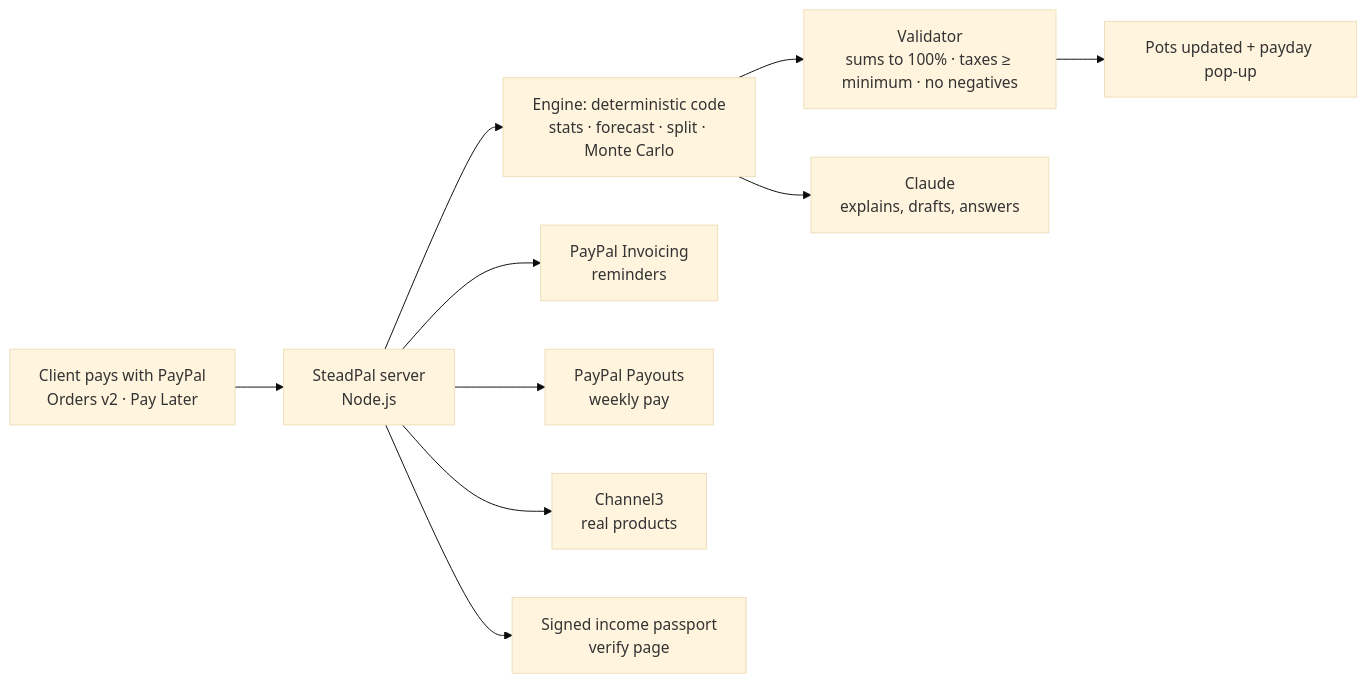
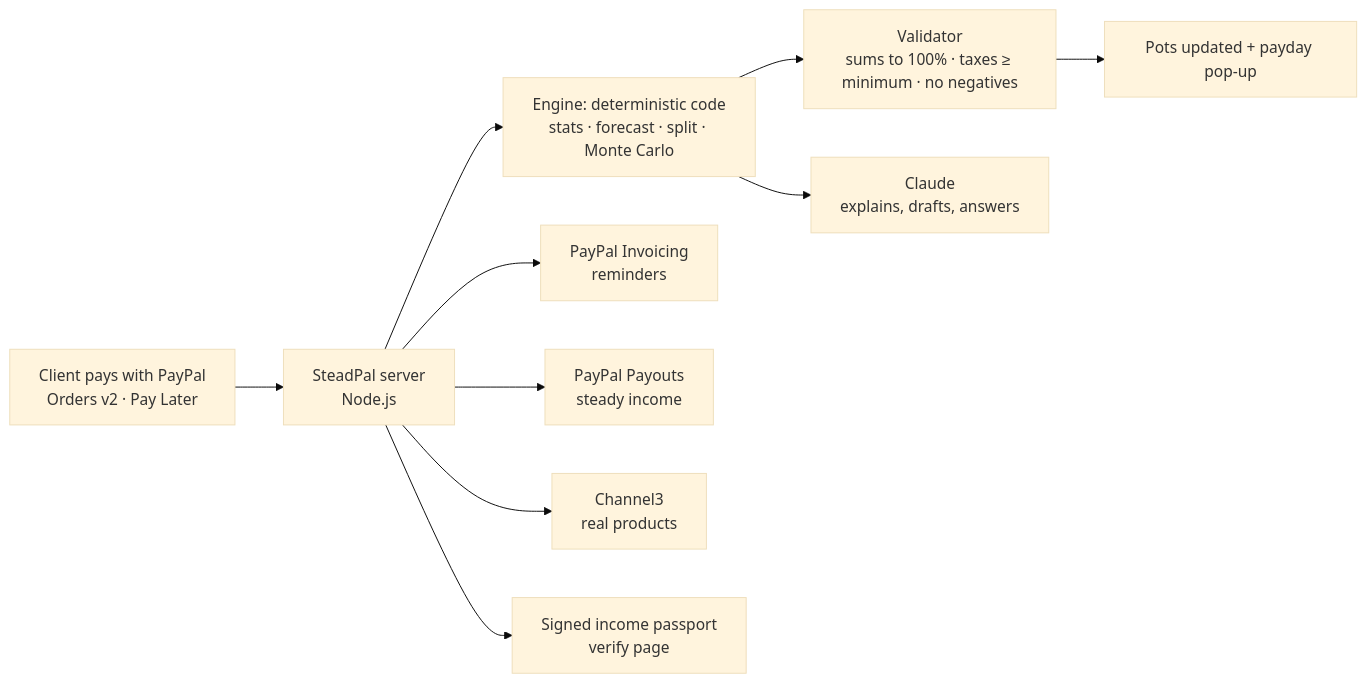
Before and after one commit to pammab/steadpal: the diagram in README.md, drawn with Mermaid (base theme). The commit also changed other lines of this file and 7 other files, not shown here.

````diff
--- a/README.md
+++ b/README.md
@@ -84,12 +84,12 @@
 ```mermaid
 flowchart LR
   C[Client pays with PayPal<br/>Orders v2 · Pay Later] --> S[SteadPal server<br/>Node.js]
   S --> E[Engine: deterministic code<br/>stats · forecast · split · Monte Carlo]
   E --> V[Validator<br/>sums to 100% · taxes ≥ minimum · no negatives]
   E --> AI[Claude<br/>explains, drafts, answers]
   V --> P[Pots updated + payday pop-up]
   S --> INV[PayPal Invoicing<br/>reminders]
-  S --> PO[PayPal Payouts<br/>weekly pay]
+  S --> PO[PayPal Payouts<br/>steady income]
   S --> CH[Channel3<br/>real products]
   S --> PP[Signed income passport<br/>verify page]
 ```
````
